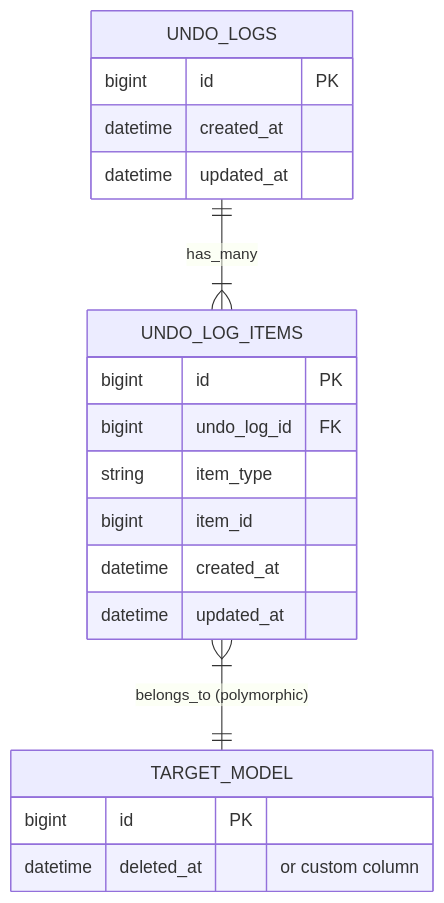
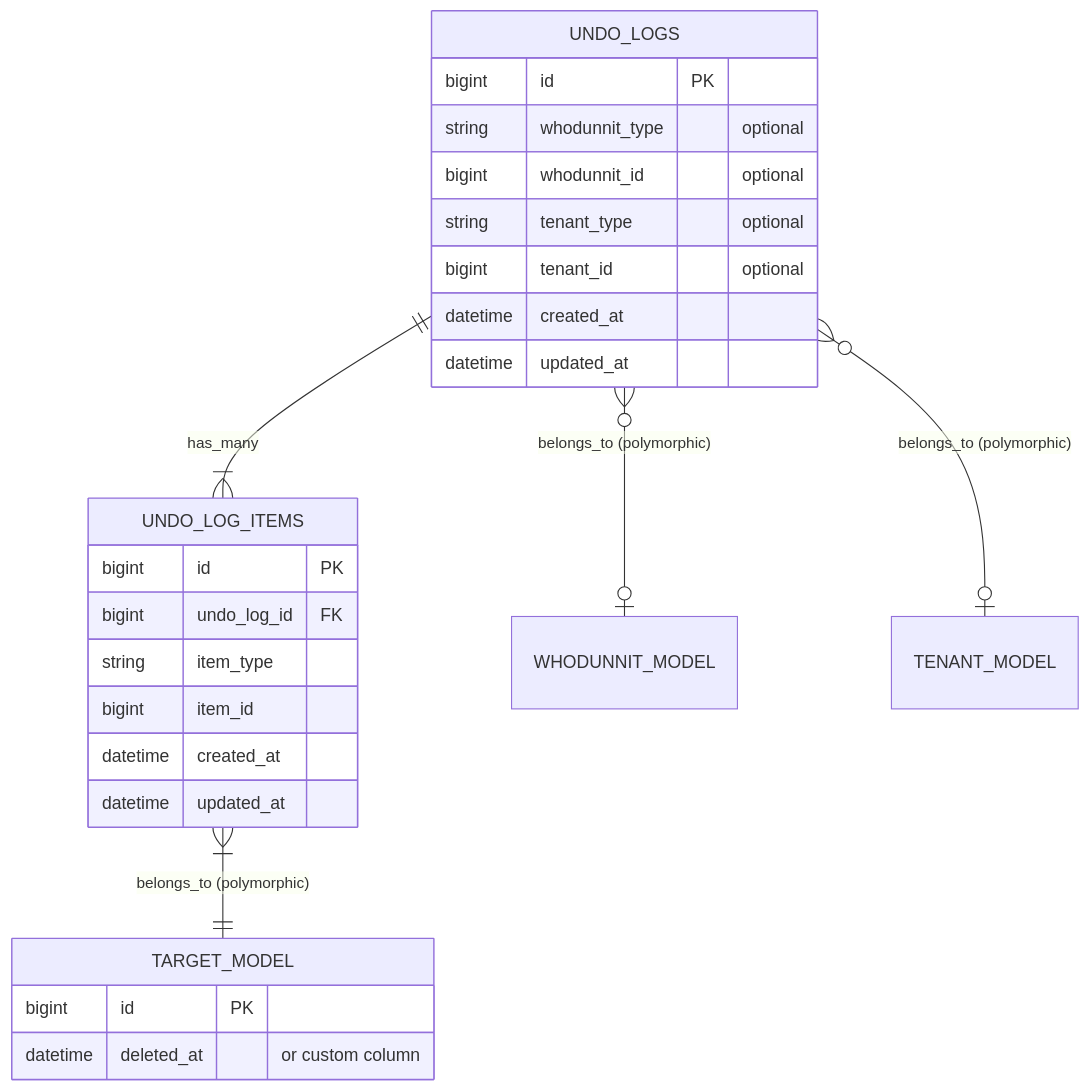
Before and after one commit to saurabh-activecode/active_record-undo: the second of 5 diagrams in DOCUMENTATION.md, drawn with Mermaid. The commit also changed other lines of this file and 16 other files, not shown here.

````diff
--- a/DOCUMENTATION.md
+++ b/DOCUMENTATION.md
@@ -61,25 +64,31 @@
 ```mermaid
 erDiagram
     UNDO_LOGS ||--|{ UNDO_LOG_ITEMS : "has_many"
     UNDO_LOG_ITEMS }|--|| TARGET_MODEL : "belongs_to (polymorphic)"
+    UNDO_LOGS }o--o| WHODUNNIT_MODEL : "belongs_to (polymorphic)"
+    UNDO_LOGS }o--o| TENANT_MODEL : "belongs_to (polymorphic)"
 
     UNDO_LOGS {
         bigint id PK
+        string whodunnit_type "optional"
+        bigint whodunnit_id "optional"
+        string tenant_type "optional"
+        bigint tenant_id "optional"
         datetime created_at
         datetime updated_at
       }
 
     UNDO_LOG_ITEMS {
         bigint id PK
         bigint undo_log_id FK
         string item_type
         bigint item_id
         datetime created_at
         datetime updated_at
       }
 
     TARGET_MODEL {
         bigint id PK
         datetime deleted_at "or custom column"
       }
 ```
````
